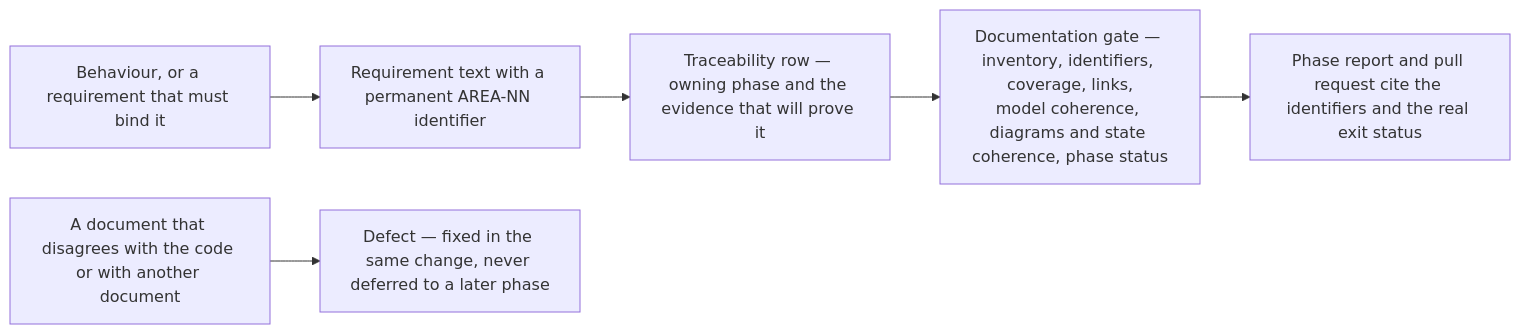
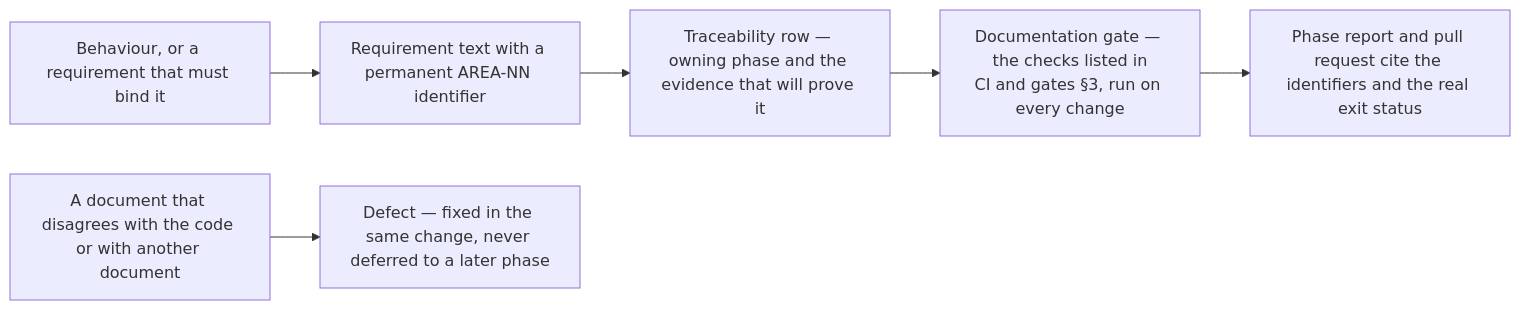
One commit to komeilm76/boro_biya changed diagram 15 of 16 in docs/DIAGRAMS.md. Above: the diagram before and after it, drawn with Mermaid. The commit also changed other lines of this file and 8 other files, not shown here.

````diff
--- a/docs/DIAGRAMS.md
+++ b/docs/DIAGRAMS.md
@@ -377,8 +386,8 @@
 ```mermaid
 flowchart LR
   need["Behaviour, or a requirement that must bind it"] --> req["Requirement text with a permanent AREA-NN identifier"]
   req --> trace["Traceability row — owning phase and the evidence that will prove it"]
-  trace --> gate["Documentation gate — inventory, identifiers, coverage, links,<br/>model coherence, diagrams and state coherence, phase status"]
+  trace --> gate["Documentation gate — the checks listed in<br/>CI and gates §3, run on every change"]
   gate --> report["Phase report and pull request cite the identifiers and the real exit status"]
   drift["A document that disagrees with the code or with another document"] --> fix["Defect — fixed in the same change, never deferred to a later phase"]
 ```
````
